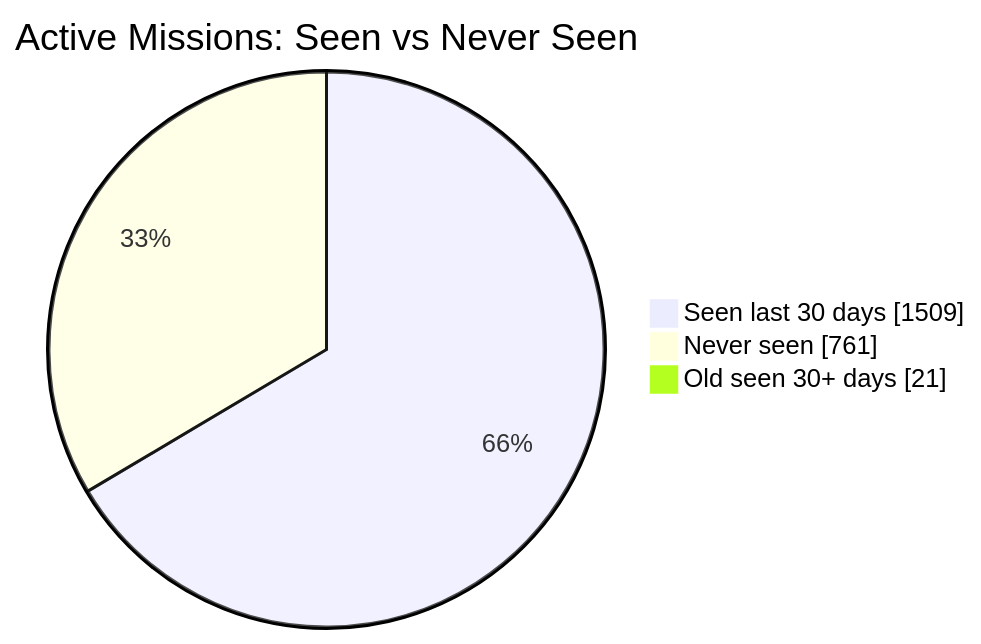
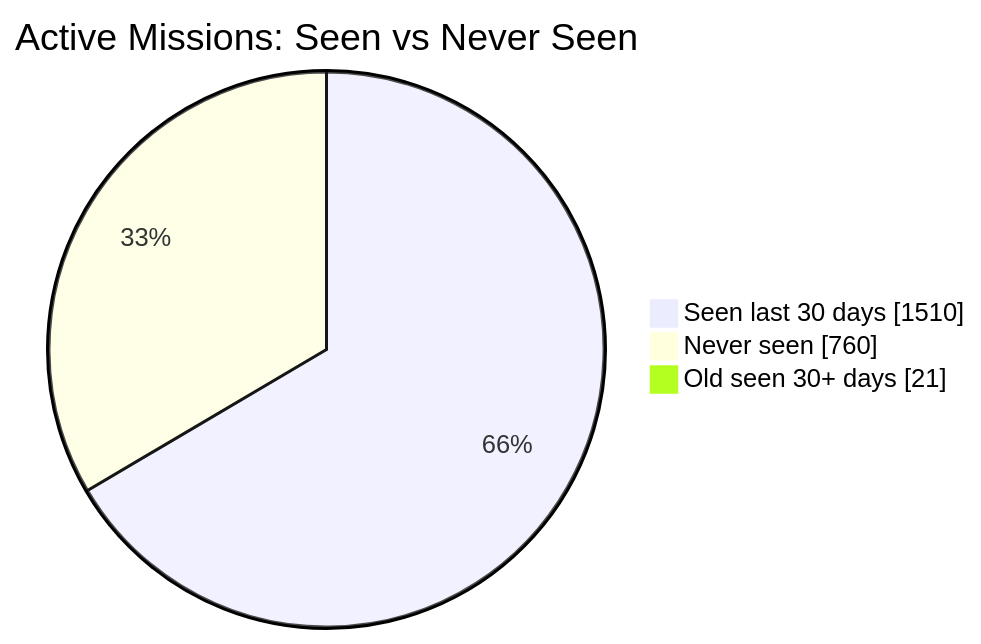
The first of 2 diagrams in README.md (MeldkamerspelGameTeam/active-missions), drawn with Mermaid before and after one commit. The commit also changed other lines of this file and 3 other files, not shown here.

````diff
--- a/README.md
+++ b/README.md
@@ -34,7 +34,7 @@
 ```mermaid
 pie showData
     title Active Missions: Seen vs Never Seen
-    "Seen last 30 days" : 1509
-    "Never seen" : 761
+    "Seen last 30 days" : 1510
+    "Never seen" : 760
     "Old seen 30+ days" : 21
 ```
````
